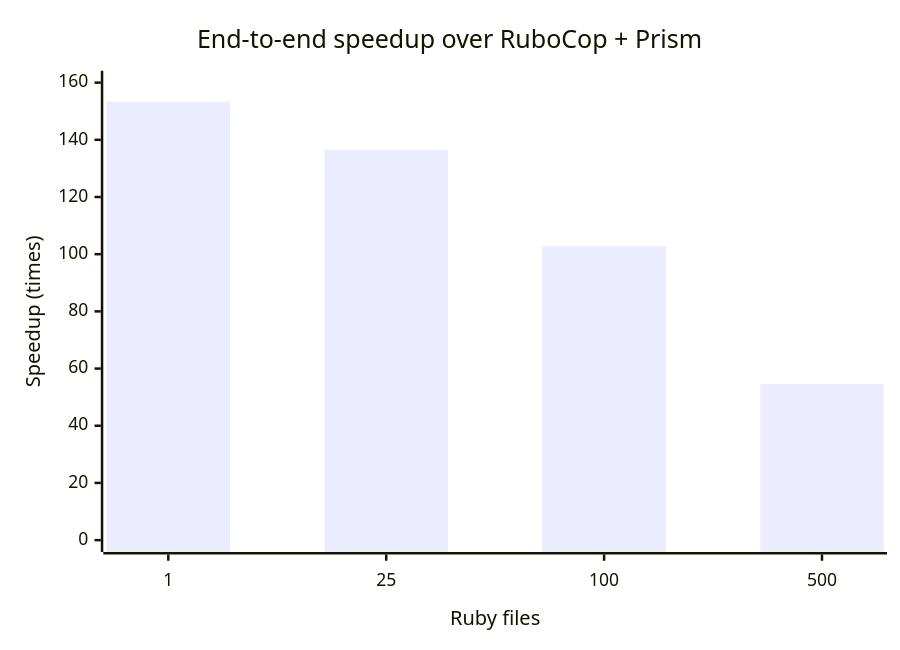
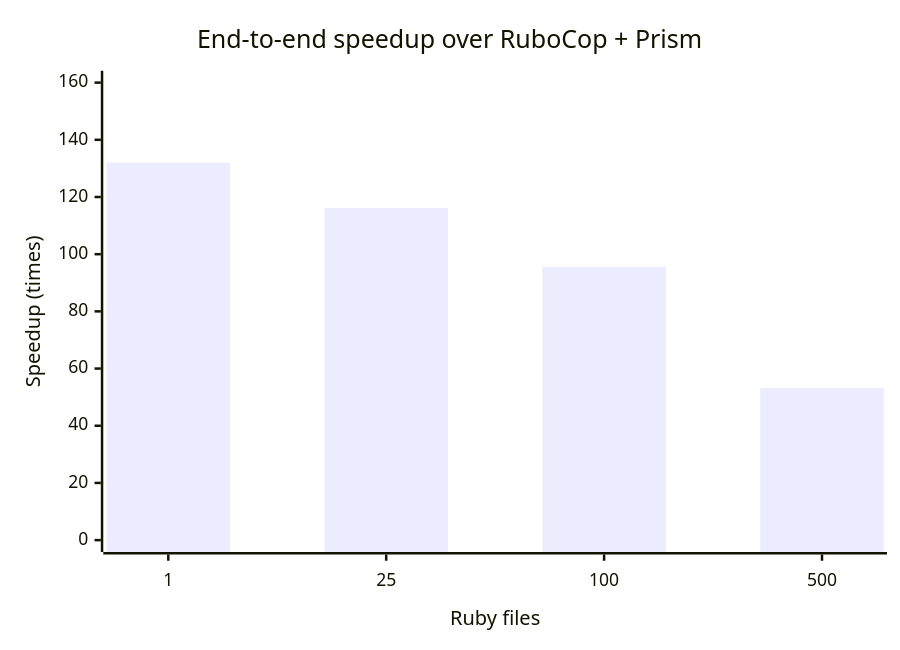
One commit to myxoh/rustocop changed the diagram in docs/performance.md. Above: the diagram before and after it, drawn with Mermaid. The commit also changed other lines of this file and 26 other files, not shown here.

````diff
--- a/docs/performance.md
+++ b/docs/performance.md
@@ -106,7 +95,7 @@
 ```mermaid
 xychart-beta
     title "End-to-end speedup over RuboCop + Prism"
     x-axis "Ruby files" [1, 25, 100, 500]
     y-axis "Speedup (times)" 0 --> 160
-    bar [153.38, 136.53, 102.78, 54.64]
+    bar [132.00, 116.24, 95.59, 53.27]
 ```
````
